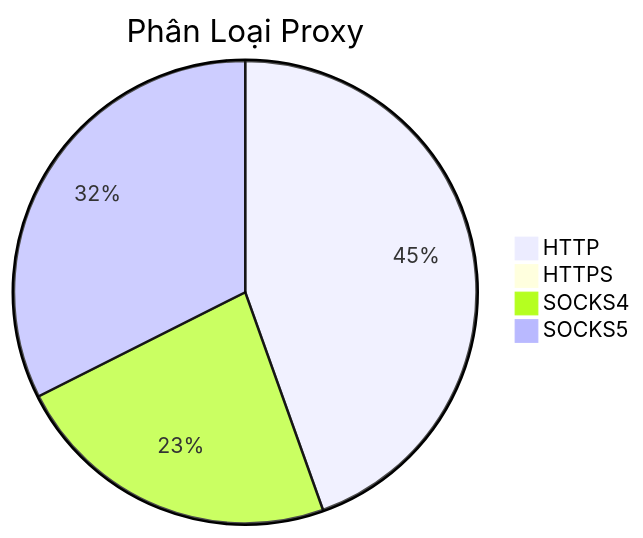
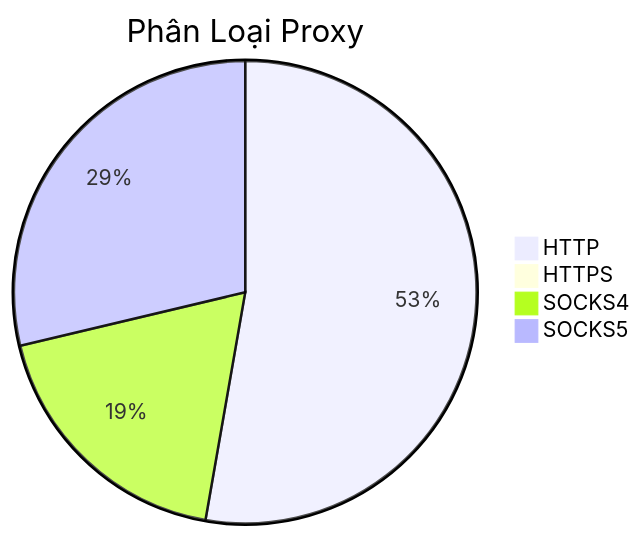
Before and after one commit to Ciara-12/PROXY-free: the diagram in README.md, drawn with Mermaid. The commit also changed other lines of this file and 4 other files, not shown here.

````diff
--- a/README.md
+++ b/README.md
@@ -26,7 +26,7 @@
 ```mermaid
 pie title Phân Loại Proxy
-    "HTTP" : 669
-    "HTTPS" : 1
-    "SOCKS4" : 346
-    "SOCKS5" : 487
+    "HTTP" : 834
+    "HTTPS" : 0
+    "SOCKS4" : 293
+    "SOCKS5" : 454
 ```
````
